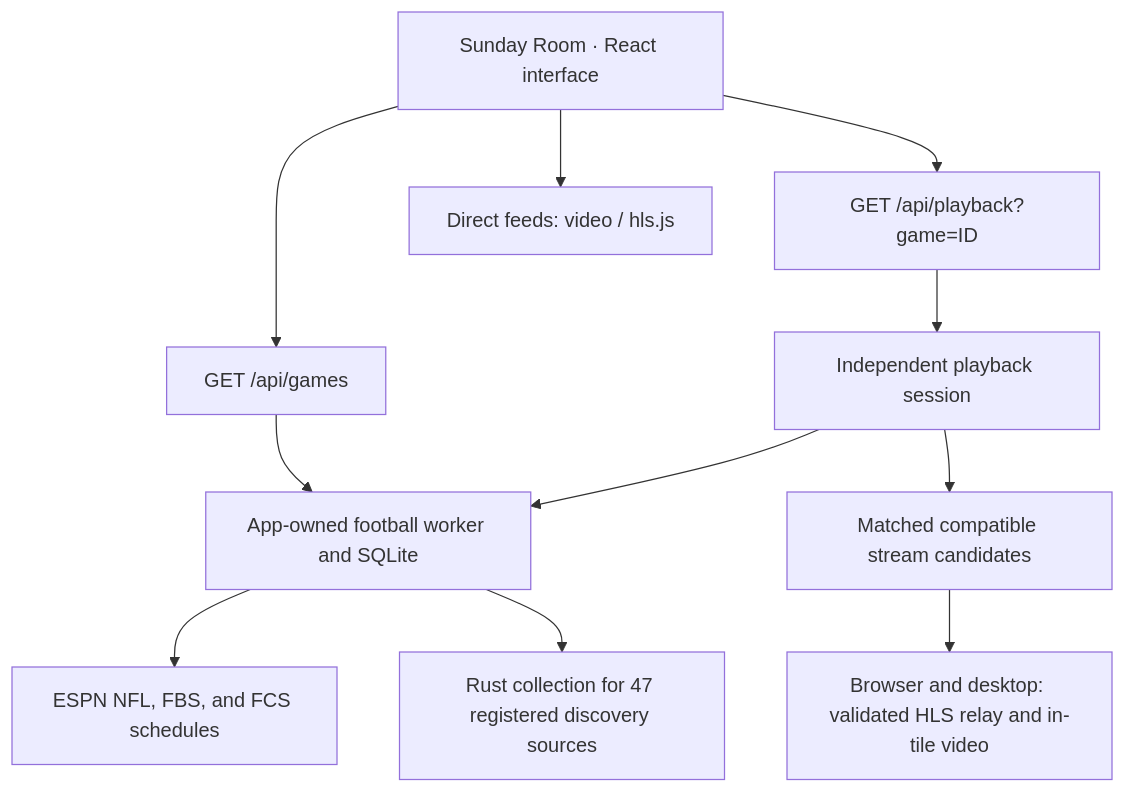
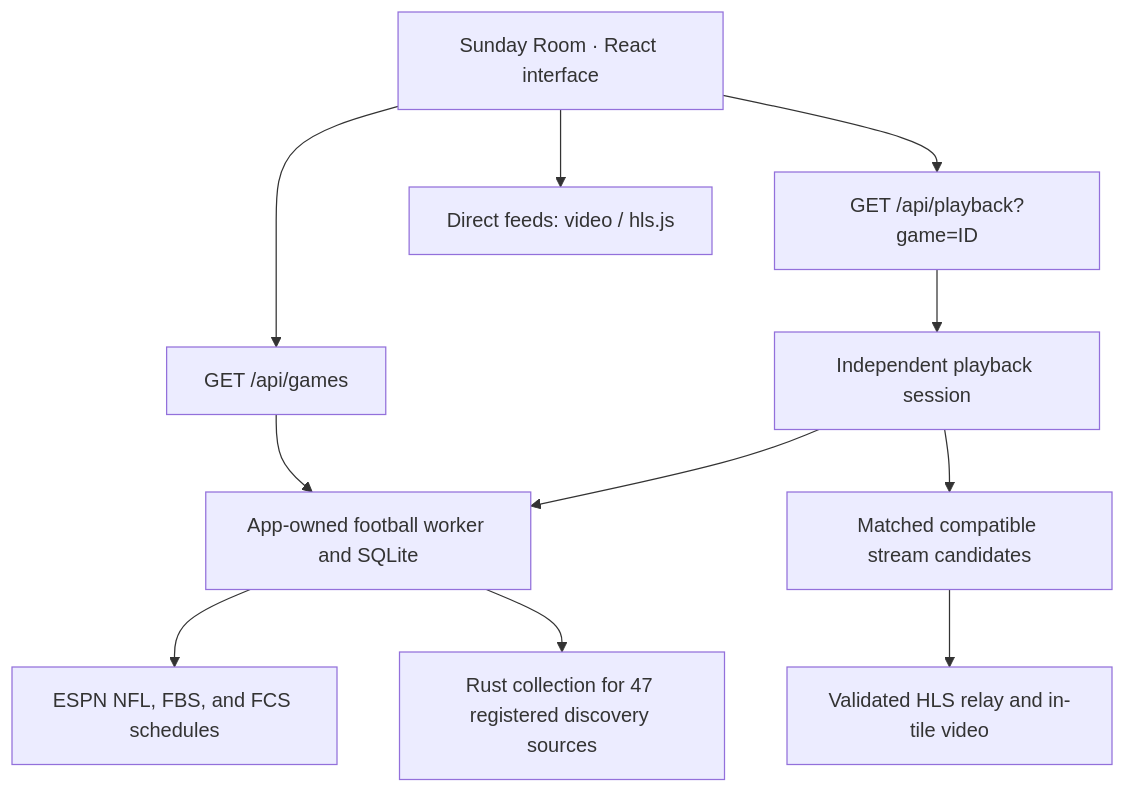
One commit to TheDarkSkyXD/Sports-Hub changed the diagram in README.md. Above: the diagram before and after it, drawn with Mermaid. The commit also changed other lines of this file and 3 other files, not shown here.

````diff
--- a/README.md
+++ b/README.md
@@ -142,13 +132,13 @@
 ```mermaid
 flowchart TD
     UI["Sunday Room · React interface"] --> Games["GET /api/games"]
     Games --> Pipeline["App-owned football worker and SQLite"]
     Pipeline --> Scores["ESPN NFL, FBS, and FCS schedules"]
     Pipeline --> Directory["Rust collection for 47 registered discovery sources"]
     UI --> Resolve["GET /api/playback?game=ID"]
     Resolve --> Session["Independent playback session"]
     Session --> Pipeline
     Session --> Links["Matched compatible stream candidates"]
-    Links --> Player["Browser and desktop: validated HLS relay and in-tile video"]
+    Links --> Player["Validated HLS relay and in-tile video"]
     UI --> Direct["Direct feeds: video / hls.js"]
 ```
````
